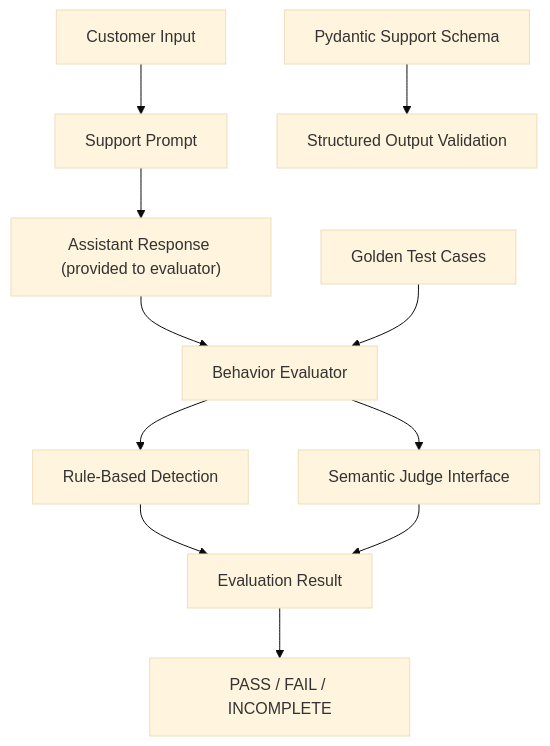
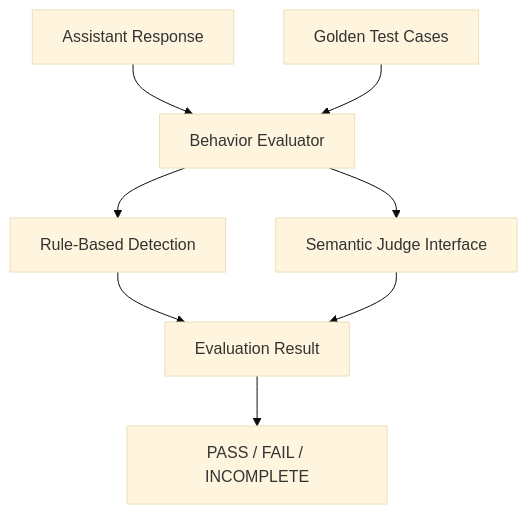
One commit to ali3dev/agentic-customer-support changed the second of 2 diagrams in README.md. Above: the diagram before and after it, drawn with Mermaid (base theme). The commit also changed other lines of this file and 12 other files, not shown here.

````diff
--- a/README.md
+++ b/README.md
@@ -51,13 +74,10 @@
-``` mermaid
+```mermaid
 flowchart TD
-    A["Customer Input"] --> B["Support Prompt"]
-    B --> C["Assistant Response (provided to evaluator)"]
-    C --> D["Behavior Evaluator"]
-    D --> E["Rule-Based Detection"]
-    D --> F["Semantic Judge Interface"]
-    E --> G["Evaluation Result"]
-    F --> G
-    H["Golden Test Cases"] --> D
-    G --> I["PASS / FAIL / INCOMPLETE"]
-    J["Pydantic Support Schema"] --> K["Structured Output Validation"]
+    A["Assistant Response"] --> B["Behavior Evaluator"]
+    C["Golden Test Cases"] --> B
+    B --> D["Rule-Based Detection"]
+    B --> E["Semantic Judge Interface"]
+    D --> F["Evaluation Result"]
+    E --> F
+    F --> G["PASS / FAIL / INCOMPLETE"]
 ```
````
